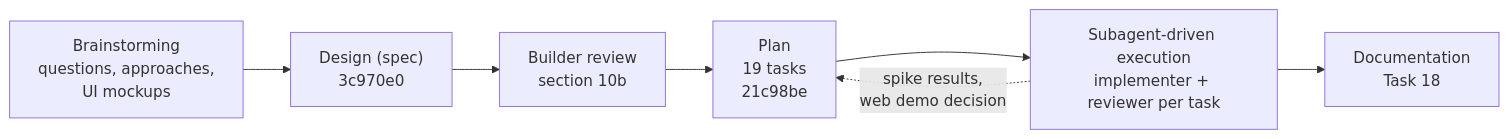
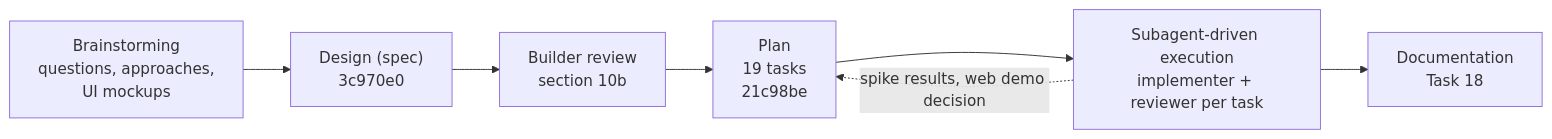
One commit to calvinolang/pl0-c64 changed the diagram in docs/HOW-THIS-WAS-BUILT.md. Above: the diagram before and after it, drawn with Mermaid. The commit also changed 1 other file, not shown here.

Commit message:
docs: mermaid edge labels in the plain |label| form

````diff
--- a/docs/HOW-THIS-WAS-BUILT.md
+++ b/docs/HOW-THIS-WAS-BUILT.md
@@ -13,9 +13,9 @@
 ```mermaid
 flowchart LR
     B["Brainstorming<br/>questions, approaches,<br/>UI mockups"] --> S["Design (spec)<br/>3c970e0"]
     S --> R["Builder review<br/>section 10b"]
     R --> P["Plan<br/>19 tasks<br/>21c98be"]
     P --> X["Subagent-driven execution<br/>implementer + reviewer per task"]
     X --> D["Documentation<br/>Task 18"]
-    X -. "spike results,<br/>web demo decision" .-> P
+    X -.->|"spike results, web demo decision"| P
 ```
````
